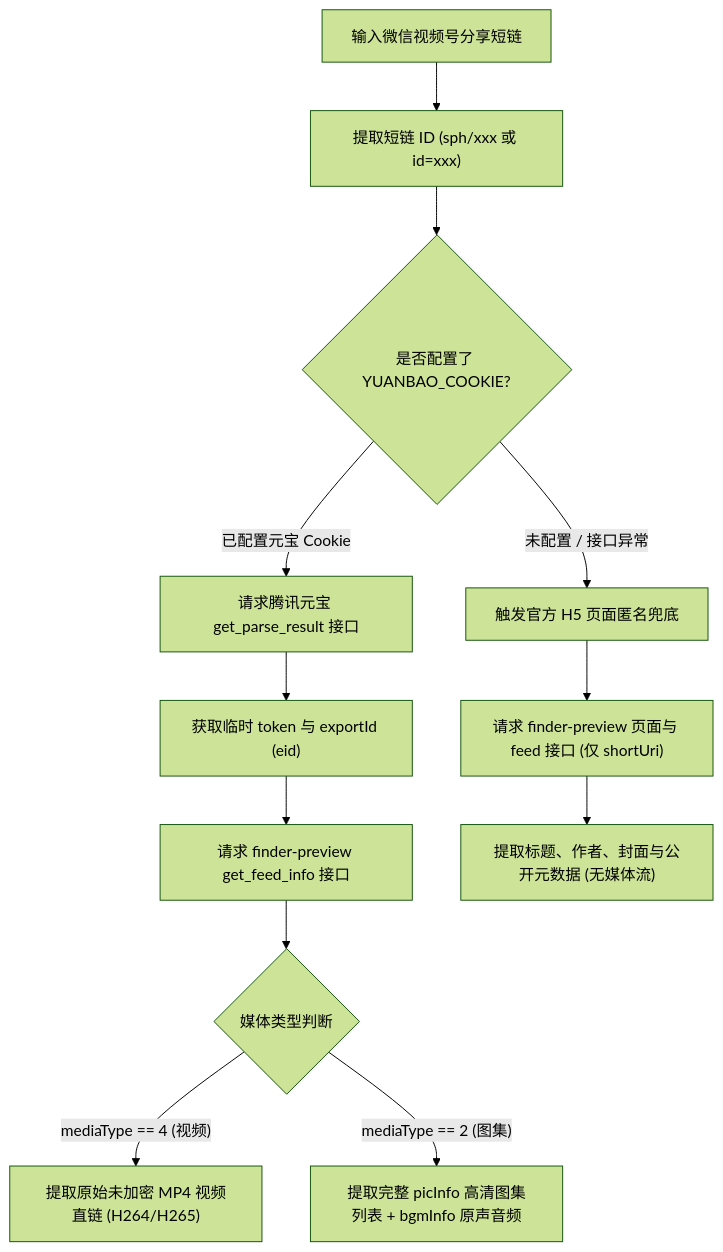
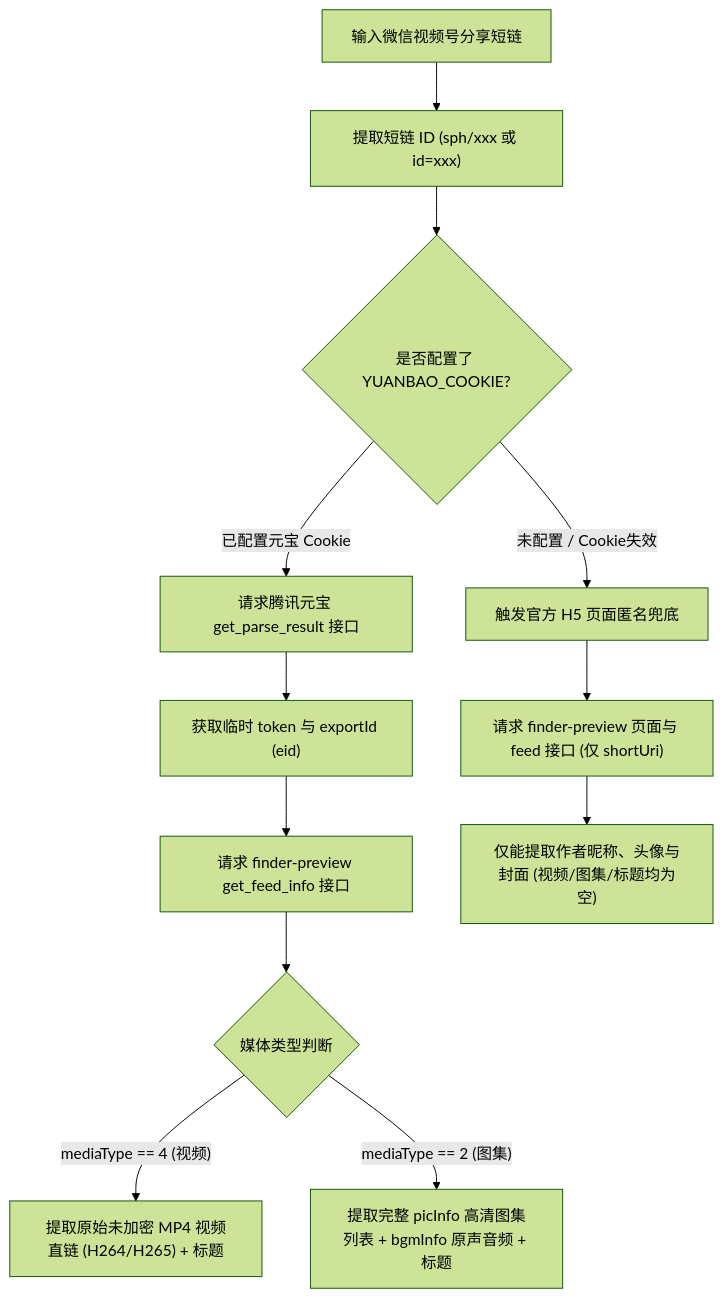
One commit to Gitiy/repos changed the diagram in docs/parsers/wechat-channels.md. Above: the diagram before and after it, drawn with Mermaid (forest theme). The commit also changed other lines of this file and 20 other files, not shown here.

````diff
--- a/docs/parsers/wechat-channels.md
+++ b/docs/parsers/wechat-channels.md
@@ -28,17 +28,17 @@
 ```mermaid
 flowchart TD
     Start["输入微信视频号分享短链"] --> ShortURI["提取短链 ID (sph/xxx 或 id=xxx)"]
     ShortURI --> AuthCheck{"是否配置了 YUANBAO_COOKIE?"}
     
     AuthCheck -->|"已配置元宝 Cookie"| YuanbaoAPI["请求腾讯元宝 get_parse_result 接口"]
     YuanbaoAPI --> ExtractAuth["获取临时 token 与 exportId (eid)"]
     ExtractAuth --> FeedInfoAPI["请求 finder-preview get_feed_info 接口"]
     FeedInfoAPI --> MediaTypeCheck{"媒体类型判断"}
     
-    MediaTypeCheck -->|"mediaType == 4 (视频)"| ExtractVideo["提取原始未加密 MP4 视频直链 (H264/H265)"]
-    MediaTypeCheck -->|"mediaType == 2 (图集)"| ExtractAlbum["提取完整 picInfo 高清图集列表 + bgmInfo 原声音频"]
+    MediaTypeCheck -->|"mediaType == 4 (视频)"| ExtractVideo["提取原始未加密 MP4 视频直链 (H264/H265) + 标题"]
+    MediaTypeCheck -->|"mediaType == 2 (图集)"| ExtractAlbum["提取完整 picInfo 高清图集列表 + bgmInfo 原声音频 + 标题"]
     
-    AuthCheck -->|"未配置 / 接口异常"| PublicFallback["触发官方 H5 页面匿名兜底"]
+    AuthCheck -->|"未配置 / Cookie失效"| PublicFallback["触发官方 H5 页面匿名兜底"]
     PublicFallback --> FinderAPI["请求 finder-preview 页面与 feed 接口 (仅 shortUri)"]
-    FinderAPI --> BasicInfo["提取标题、作者、封面与公开元数据 (无媒体流)"]
+    FinderAPI --> BasicInfo["仅能提取作者昵称、头像与封面 (视频/图集/标题均为空)"]
 ```
````
